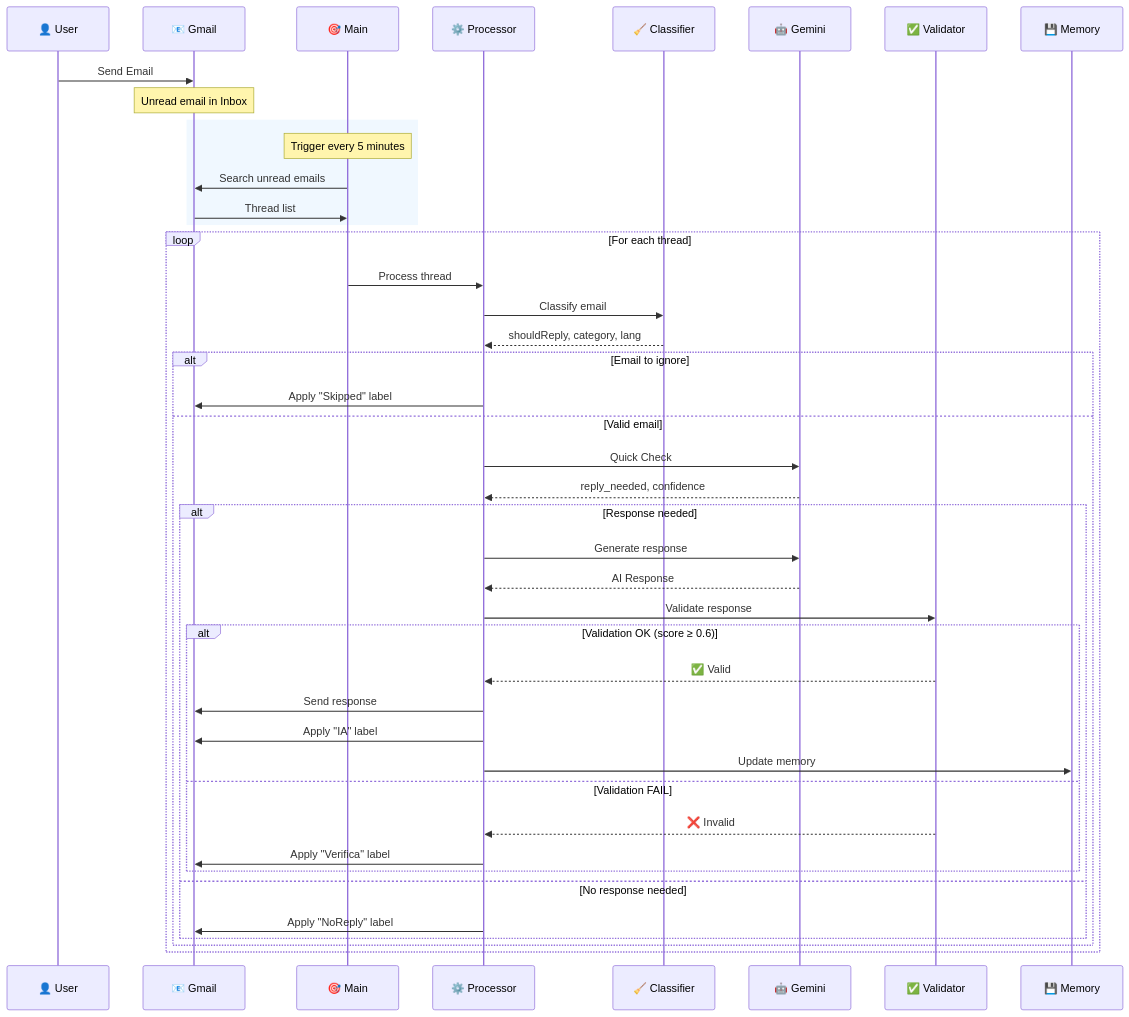
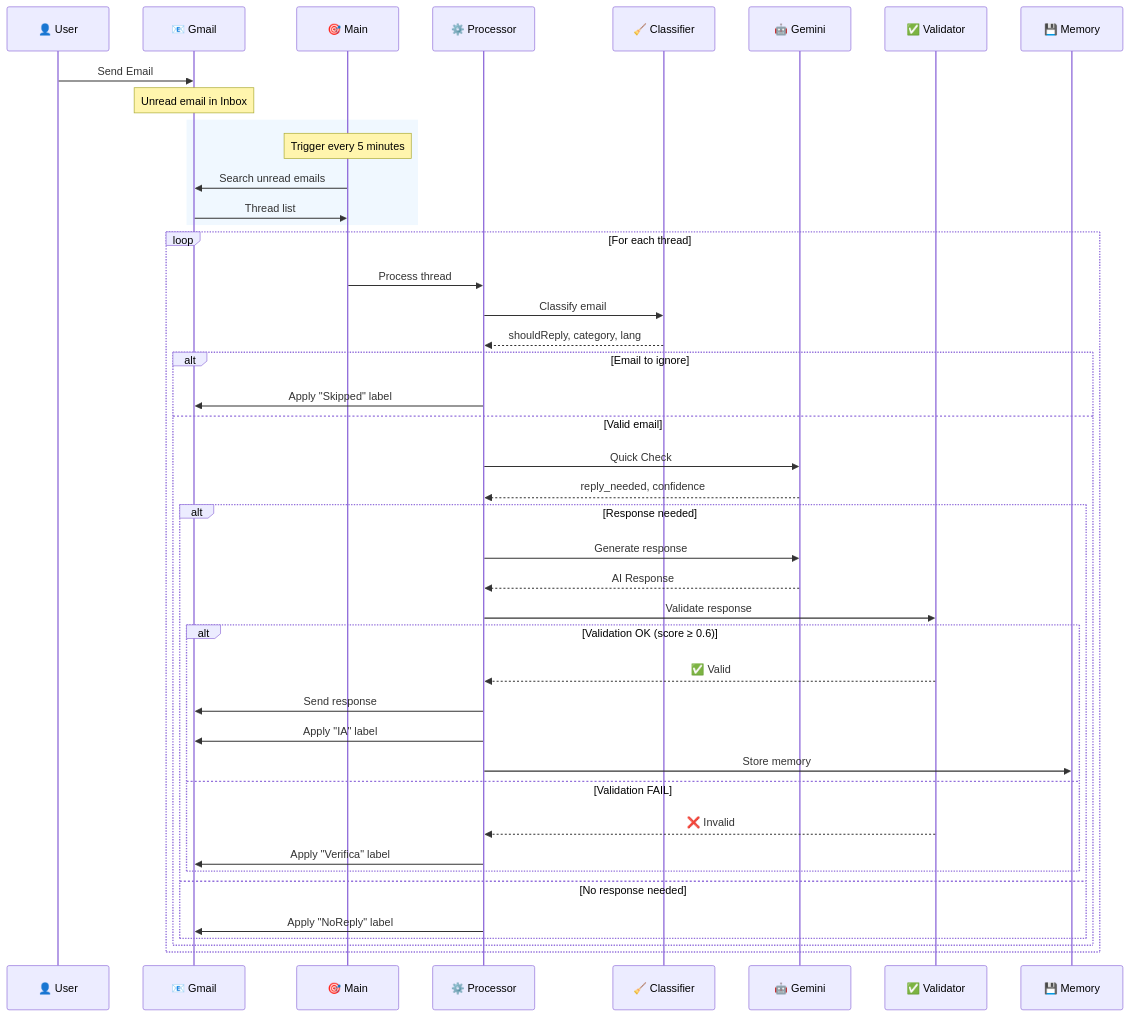
One commit to rasanfil-source/segreteria changed the second of 9 diagrams in docs/ARCHITECTURE_DIAGRAMS.md. Above: the diagram before and after it, drawn with Mermaid. The commit also changed 21 other files, not shown here.

````diff
--- a/docs/ARCHITECTURE_DIAGRAMS.md
+++ b/docs/ARCHITECTURE_DIAGRAMS.md
@@ -55,53 +55,53 @@
 ```mermaid
 sequenceDiagram
     participant U as 👤 User
     participant G as 📧 Gmail
     participant M as 🎯 Main
     participant P as ⚙️ Processor
     participant C as 🧹 Classifier
     participant AI as 🤖 Gemini
     participant V as ✅ Validator
     participant S as 💾 Memory
     
     U->>G: Send Email
     Note over G: Unread email in Inbox
     
     rect rgb(240, 248, 255)
         Note over M: Trigger every 5 minutes
         M->>G: Search unread emails
         G->>M: Thread list
     end
     
     loop For each thread
         M->>P: Process thread
         
         P->>C: Classify email
         C-->>P: shouldReply, category, lang
         
         alt Email to ignore
             P->>G: Apply "Skipped" label
         else Valid email
             P->>AI: Quick Check
             AI-->>P: reply_needed, confidence
             
             alt Response needed
                 P->>AI: Generate response
                 AI-->>P: AI Response
                 
                 P->>V: Validate response
                 
                 alt Validation OK (score ≥ 0.6)
                     V-->>P: ✅ Valid
                     P->>G: Send response
                     P->>G: Apply "IA" label
-                    P->>S: Update memory
+                    P->>S: Store memory
                 else Validation FAIL
                     V-->>P: ❌ Invalid
                     P->>G: Apply "Verifica" label
                 end
             else No response needed
                 P->>G: Apply "NoReply" label
             end
         end
     end
 ```
````
